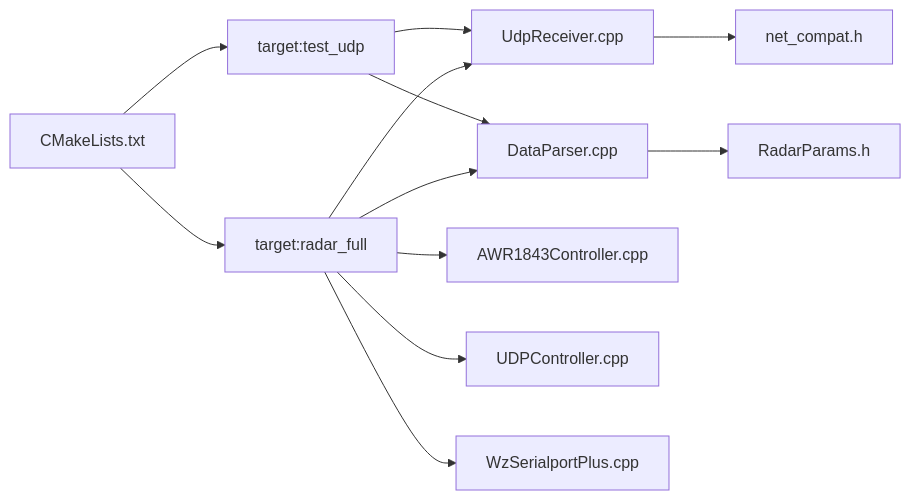
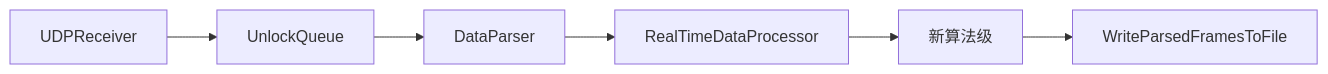
Before and after one commit to Lukad77/awr1843-radar-toolkit: the fifth of 5 diagrams in .qoder/repowiki/zh/content/数据处理流程扩展开发指南.md, drawn with Mermaid. The commit also changed other lines of this file and 106 other files, not shown here.

````diff
--- a/.qoder/repowiki/zh/content/数据处理流程扩展开发指南.md
+++ b/.qoder/repowiki/zh/content/数据处理流程扩展开发指南.md
@@ -280,14 +281,8 @@
 ```mermaid
 graph LR
-CMake["CMakeLists.txt"] --> T["target:test_udp"]
-CMake --> R["target:radar_full"]
-T --> UR["UdpReceiver.cpp"]
-T --> DP["DataParser.cpp"]
-R --> AW["AWR1843Controller.cpp"]
-R --> UC["UDPController.cpp"]
-R --> UR
-R --> DP
-R --> WP["WzSerialportPlus.cpp"]
-UR --> NC["net_compat.h"]
-DP --> RP["RadarParams.h"]
+UDP["UDPReceiver"] --> Queue["UnlockQueue"]
+Queue --> Parser["DataParser"]
+Parser --> RT["RealTimeDataProcessor"]
+RT --> NewAlg["新算法级"]
+NewAlg --> Disk["WriteParsedFramesToFile"]
 ```
````
